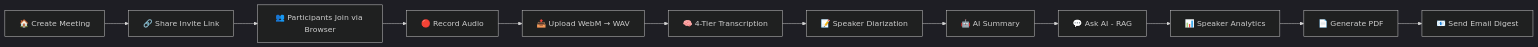
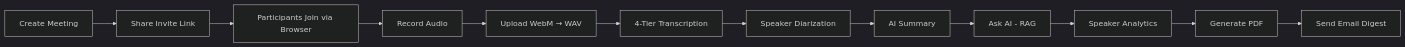
Before and after one commit to Shubhadapalwe/AI-Meeting-Platform: the first of 2 diagrams in README.md, drawn with Mermaid (dark theme). The commit also changed other lines of this file, not shown here.

````diff
--- a/README.md
+++ b/README.md
@@ -372,14 +372,14 @@
 ```mermaid
 flowchart LR
-    A[🏠 Create Meeting] --> B[🔗 Share Invite Link]
-    B --> C[👥 Participants Join via Browser]
-    C --> D[🔴 Record Audio]
-    D --> E[📤 Upload WebM → WAV]
-    E --> F[🧠 4-Tier Transcription]
-    F --> G[📝 Speaker Diarization]
-    G --> H[🤖 AI Summary]
-    H --> I[💬 Ask AI - RAG]
-    I --> J[📊 Speaker Analytics]
-    J --> K[📄 Generate PDF]
-    K --> L[📧 Send Email Digest]
+    A[Create Meeting] --> B[ Share Invite Link]
+    B --> C[ Participants Join via Browser]
+    C --> D[ Record Audio]
+    D --> E[ Upload WebM → WAV]
+    E --> F[ 4-Tier Transcription]
+    F --> G[ Speaker Diarization]
+    G --> H[ AI Summary]
+    H --> I[ Ask AI - RAG]
+    I --> J[ Speaker Analytics]
+    J --> K[ Generate PDF]
+    K --> L[Send Email Digest]
 ```
````
